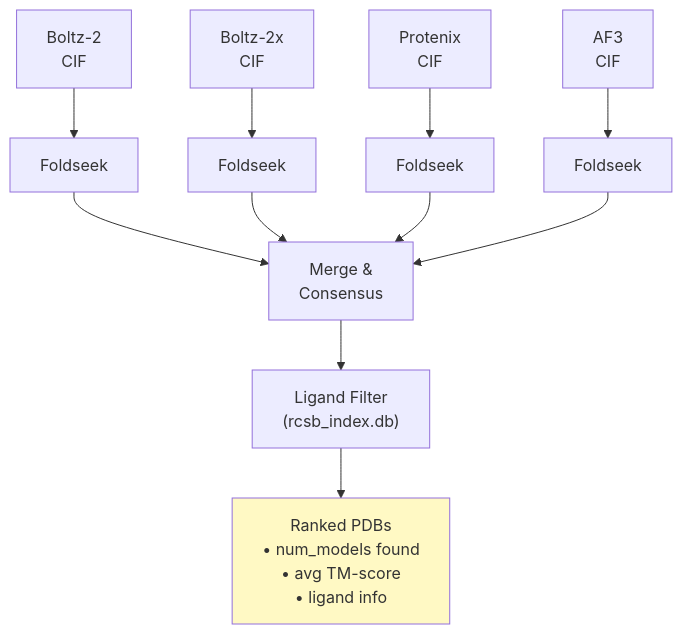
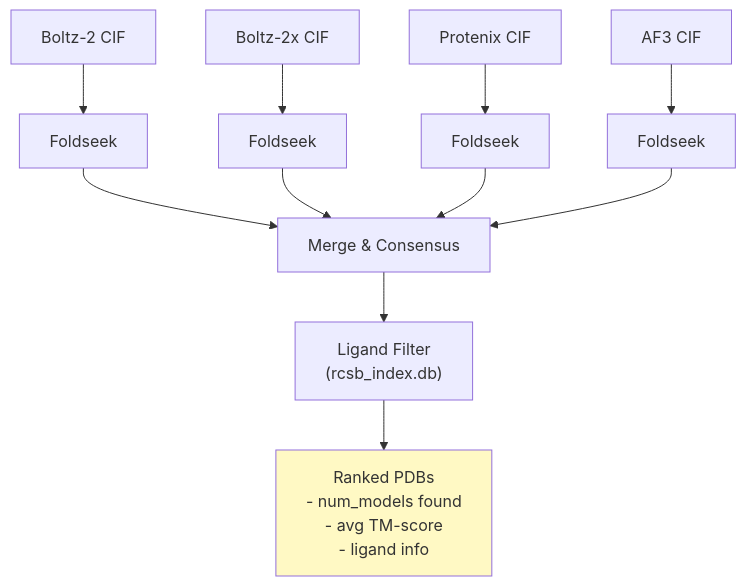
One commit to eightmm/mosaic-pl changed the sixth of 17 diagrams in docs/pipeline.md. Above: the diagram before and after it, drawn with Mermaid. The commit also changed other lines of this file and 4 other files, not shown here.

````diff
--- a/docs/pipeline.md
+++ b/docs/pipeline.md
@@ -139,13 +177,13 @@
 ```mermaid
 flowchart TB
-    B2["Boltz-2\nCIF"] --> FS1["Foldseek"]
-    B2X["Boltz-2x\nCIF"] --> FS2["Foldseek"]
-    PX["Protenix\nCIF"] --> FS3["Foldseek"]
-    AF3["AF3\nCIF"] --> FS4["Foldseek"]
+    B2["Boltz-2 CIF"] --> FS1["Foldseek"]
+    B2X["Boltz-2x CIF"] --> FS2["Foldseek"]
+    PX["Protenix CIF"] --> FS3["Foldseek"]
+    AF3["AF3 CIF"] --> FS4["Foldseek"]
 
-    FS1 & FS2 & FS3 & FS4 --> MERGE["Merge &\nConsensus"]
+    FS1 & FS2 & FS3 & FS4 --> MERGE["Merge & Consensus"]
     MERGE --> FILTER["Ligand Filter\n(rcsb_index.db)"]
-    FILTER --> RESULT["Ranked PDBs\n• num_models found\n• avg TM-score\n• ligand info"]
+    FILTER --> RESULT["Ranked PDBs\n- num_models found\n- avg TM-score\n- ligand info"]
 
     style RESULT fill:#fff9c4
 ```
````
